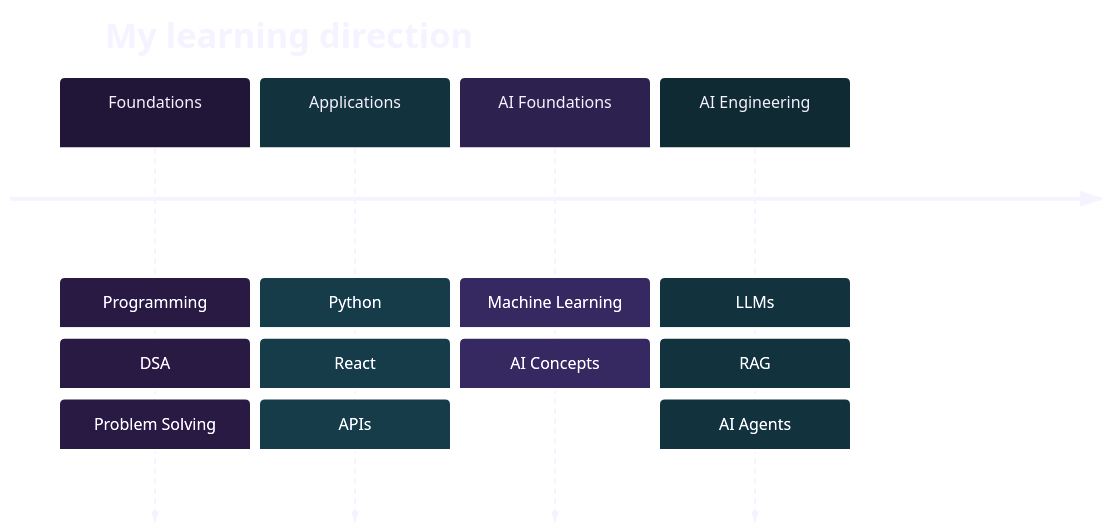
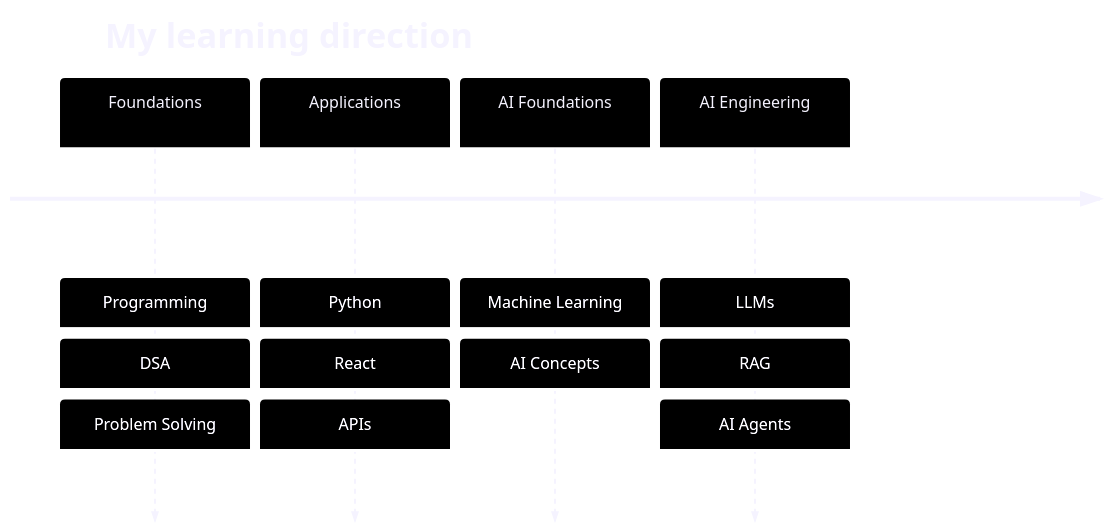
One commit to amiiiiiitz/amiiiiiitz changed the third of 3 diagrams in README.md. Above: the diagram before and after it, drawn with Mermaid. The commit also changed other lines of this file, not shown here.

````diff
--- a/README.md
+++ b/README.md
@@ -209,9 +223,9 @@
 ```mermaid
-%%{init: {'theme':'base','themeVariables':{'primaryColor':'#211638','primaryTextColor':'#F5F3FF','primaryBorderColor':'#A78BFA','lineColor':'#67E8F9','secondaryColor':'#12323D','tertiaryColor':'#0D1117','fontFamily':'monospace','cScale0':'#211638','cScale1':'#12323D','cScale2':'#2D2150','cScale3':'#0F2A33','cScaleLabel0':'#F5F3FF','cScaleLabel1':'#F5F3FF','cScaleLabel2':'#F5F3FF','cScaleLabel3':'#F5F3FF'}}}%%
+%%{init: {'theme':'base','themeVariables':{'primaryColor':'#211638','primaryTextColor':'#F5F3FF','primaryBorderColor':'#A78BFA','lineColor':'#67E8F9'}}}%%
 timeline
     title My learning direction
     Foundations : Programming : DSA : Problem Solving
     Applications : Python : React : APIs
     AI Foundations : Machine Learning : AI Concepts
     AI Engineering : LLMs : RAG : AI Agents
 ```
````
